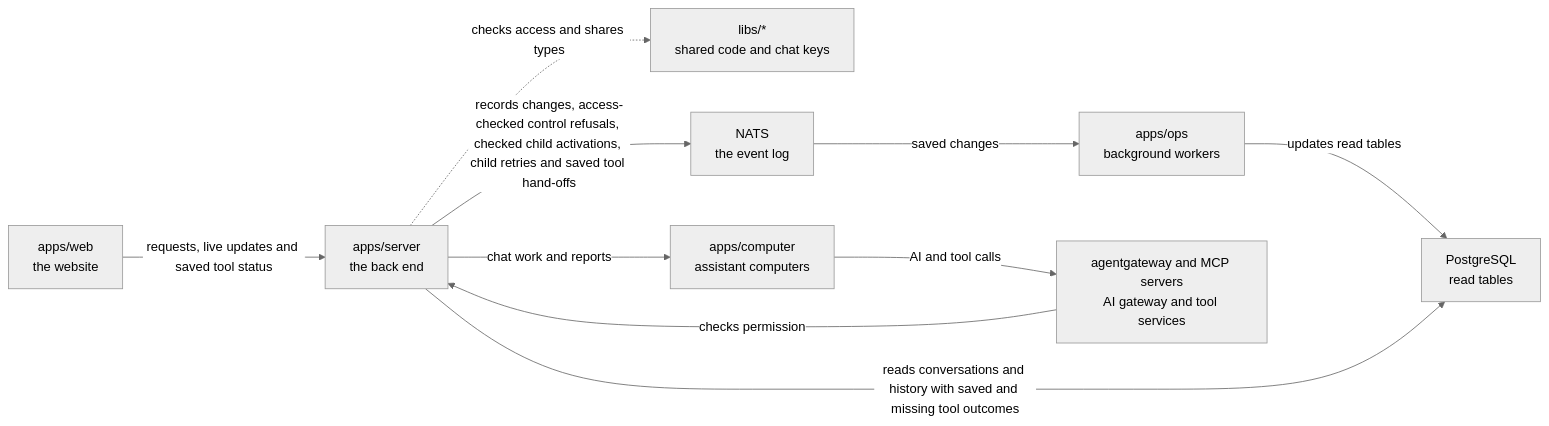
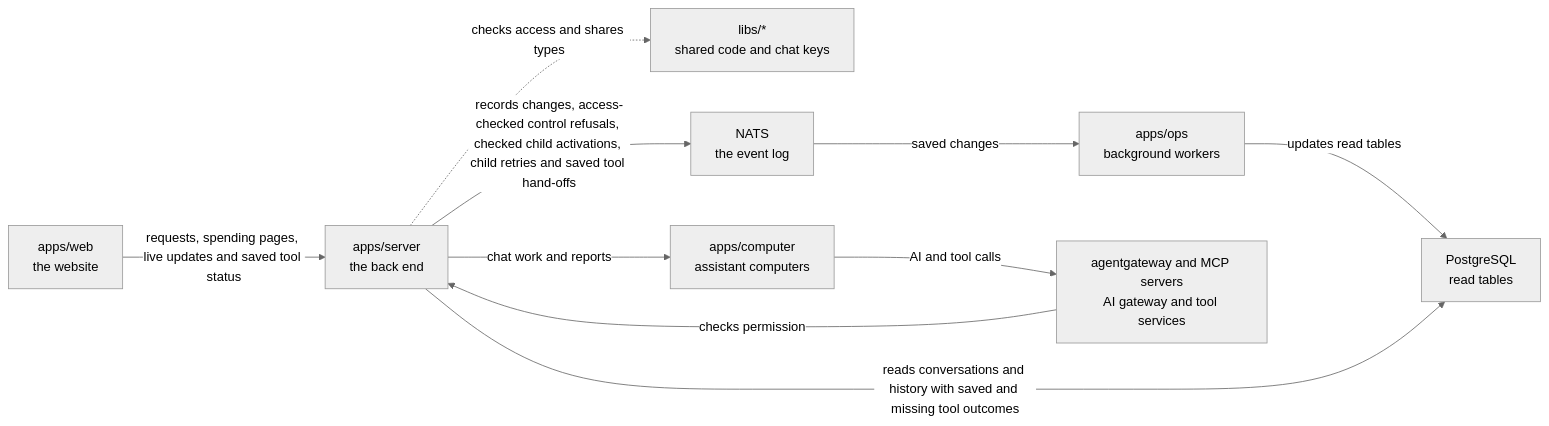
The diagram in apps/server/README.md (elewa-git/opencrane-new), drawn with Mermaid (neutral theme) before and after one commit. The commit also changed other lines of this file and 12 other files, not shown here.

````diff
--- a/apps/server/README.md
+++ b/apps/server/README.md
@@ -31,12 +31,12 @@
 ```mermaid
 flowchart LR
-  web["apps/web<br/>the website"] -->|requests, live updates and saved tool status| server["apps/server<br/>the back end"]
+  web["apps/web<br/>the website"] -->|requests, spending pages, live updates and saved tool status| server["apps/server<br/>the back end"]
   server -.->|checks access and shares types| libs["libs/*<br/>shared code and chat keys"]
   server -->|records changes, access-checked control refusals, checked child activations, child retries and saved tool hand-offs| nats["NATS<br/>the event log"]
   nats -->|saved changes| ops["apps/ops<br/>background workers"]
   ops -->|updates read tables| postgres["PostgreSQL<br/>read tables"]
   server -->|reads conversations and history with saved and missing tool outcomes| postgres
   server -->|chat work and reports| computer["apps/computer<br/>assistant computers"]
   computer -->|AI and tool calls| runtime["agentgateway and MCP servers<br/>AI gateway and tool services"]
   runtime -->|checks permission| server
 ```
````
